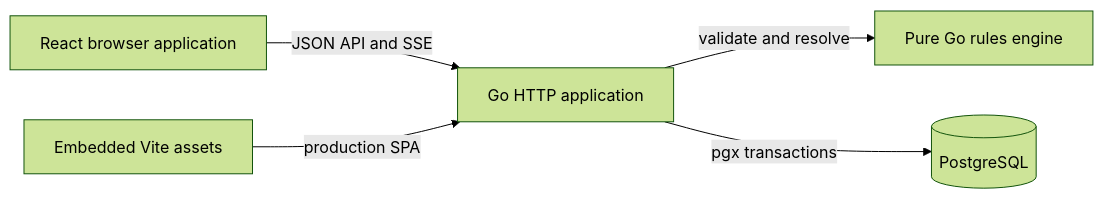
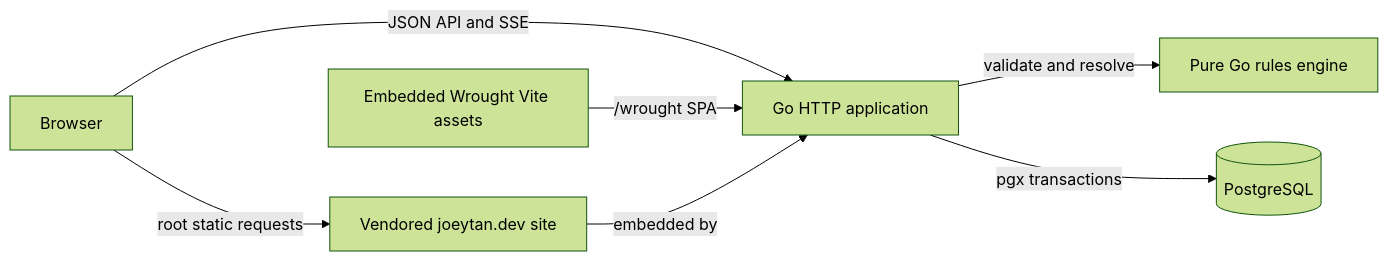
One commit to JTan2231/gezerah changed the diagram in docs/README.md. Above: the diagram before and after it, drawn with Mermaid (forest theme). The commit also changed other lines of this file and 150 other files, not shown here.

First line of the commit message:
Rebrand application as Wrought (#11)

````diff
--- a/docs/README.md
+++ b/docs/README.md
@@ -45,13 +45,16 @@
 ```mermaid
 flowchart LR
-    Browser[React browser application]
+    Browser[Browser]
     API[Go HTTP application]
     Rules[Pure Go rules engine]
     DB[(PostgreSQL)]
-    Assets[Embedded Vite assets]
+    App[Embedded Wrought Vite assets]
+    Site[Vendored joeytan.dev site]
 
     Browser -->|JSON API and SSE| API
+    Browser -->|root static requests| Site
     API -->|validate and resolve| Rules
     API -->|pgx transactions| DB
-    Assets -->|production SPA| API
+    App -->|/wrought SPA| API
+    Site -->|embedded by| API
 ```
````
